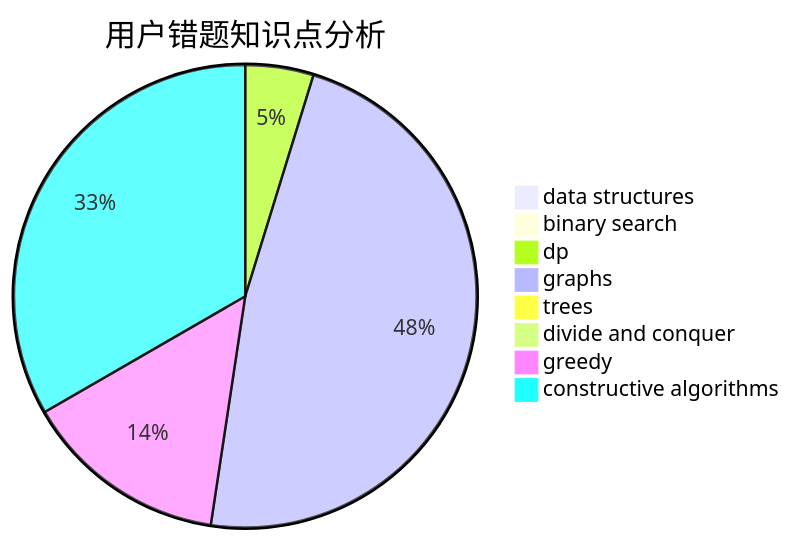
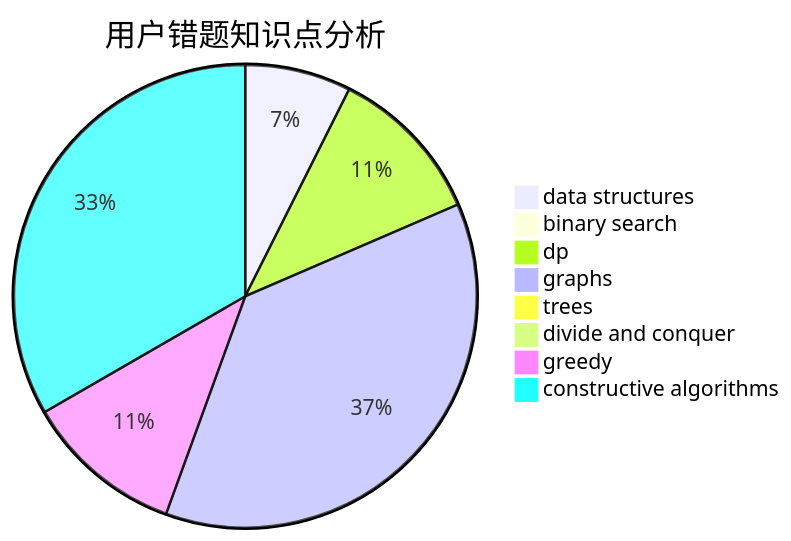
The third of 3 diagrams in docs/user/u803.md (sherpahu/cfrs.github.io), drawn with Mermaid before and after one commit. The commit also changed other lines of this file and 2770 other files, not shown here.

````diff
--- a/docs/user/u803.md
+++ b/docs/user/u803.md
@@ -36,11 +36,11 @@
 ```mermaid
 pie title 用户错题知识点分析
-    "data structures" :  0
+    "data structures" :  2
     "binary search" :  0
-    "dp" :  1
+    "dp" :  3
     "graphs" :  10
     "trees" :  0
     "divide and conquer" :  0
     "greedy" :  3
-    "constructive algorithms" :  7
+    "constructive algorithms" :  9
 ```
````
